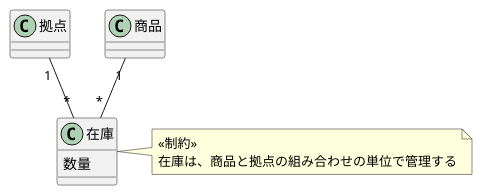
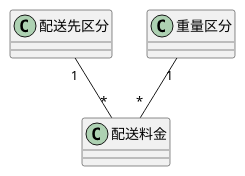
Before and after one commit to yinm/uml-modeling-lesson: the diagram in ch09/sample.puml, drawn with PlantUML.

Commit message:
Add lesson32

```diff
--- a/ch09/sample.puml
+++ b/ch09/sample.puml
@@ -1,17 +1,15 @@
 @startuml
 
-class 拠点 {
+class 配送先区分 {
 }
 
-class 在庫 {
-  数量
-}
-note right: <<制約>>\n在庫は、商品と拠点の組み合わせの単位で管理する
-
-class 商品 {
+class 重量区分 {
 }
 
-拠点 "1"--"*" 在庫
-商品 "1"--"*" 在庫
+class 配送料金 {
+}
+
+配送先区分 "1"--"*" 配送料金
+重量区分 "1"--"*" 配送料金
 
 @enduml
```
